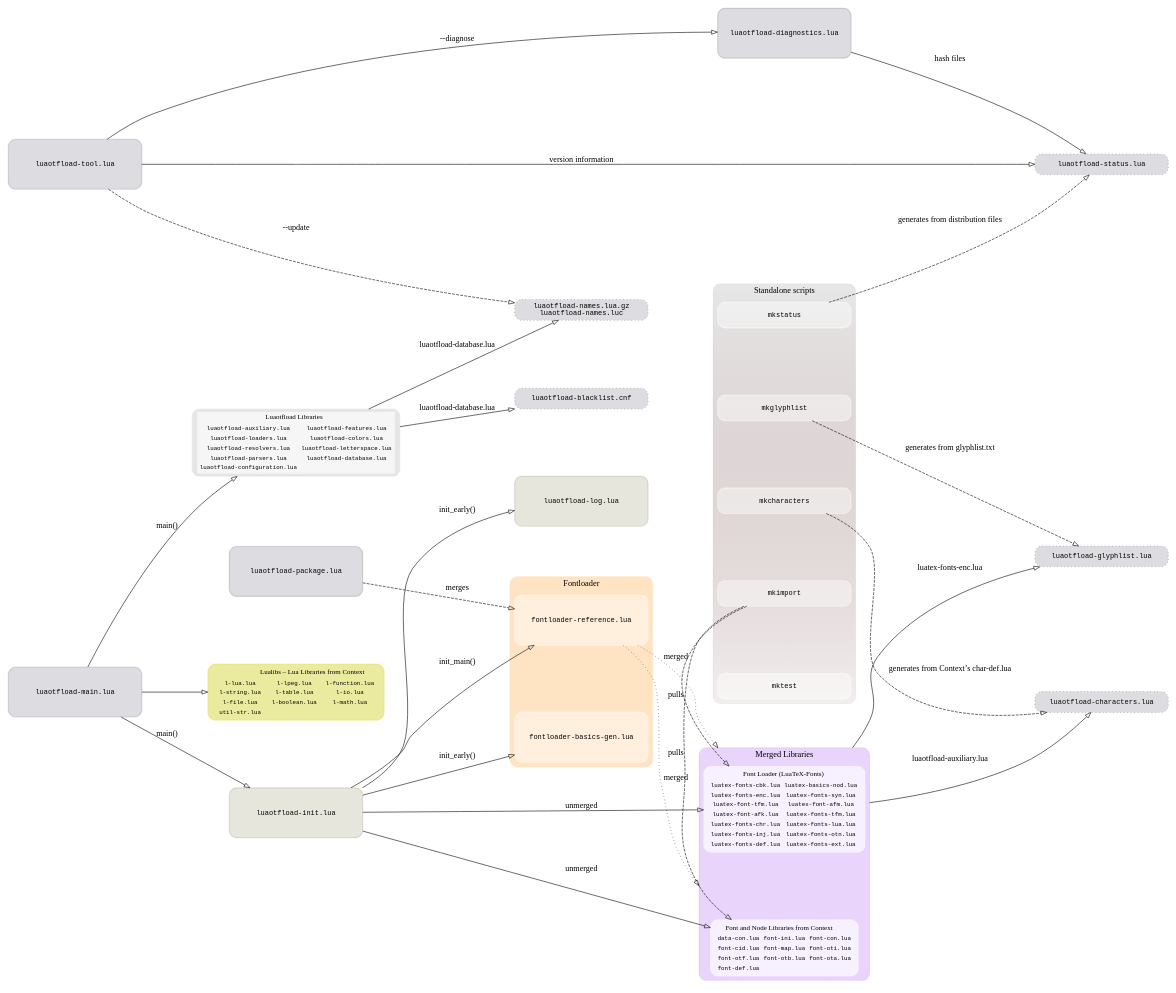
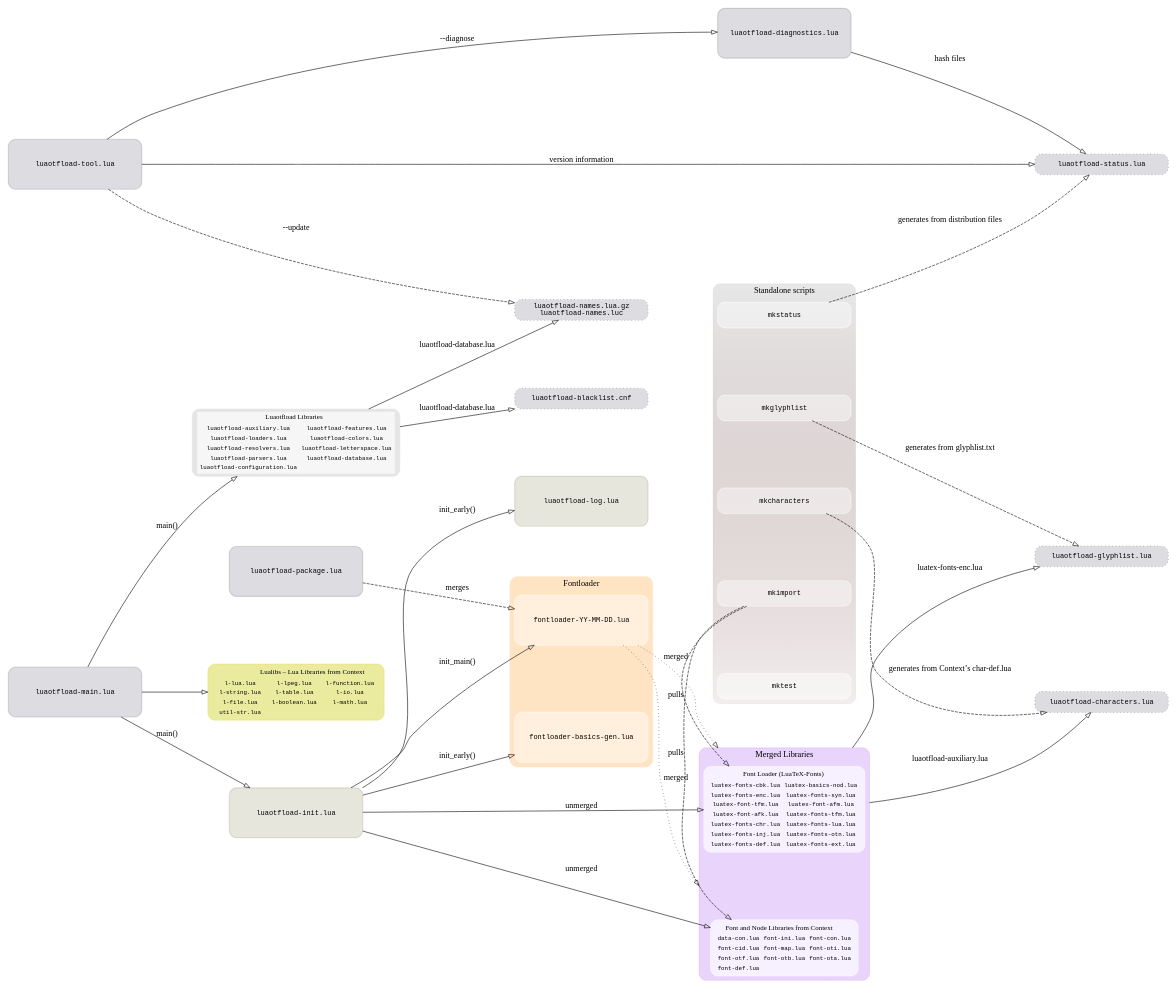
The diagram in doc/filegraph.dot (latex3/luaotfload), drawn with Graphviz before and after one commit. The commit also changed 2 other files, not shown here.

Commit message:
[doc,init] clarify default/reference distinction
* default:   our package (without lualibs)
* reference: the package from upstream

```diff
--- a/doc/filegraph.dot
+++ b/doc/filegraph.dot
@@ -204,7 +204,7 @@
                            style  = "filled,rounded",
                            penwidth=2]
 
-    fontloader            [label = "fontloader-reference.lua",
+    fontloader            [label = "fontloader-YY-MM-DD.lua",
                            shape = rect,
                            width  = "3.2cm",
                            height = "1.2cm",
```
